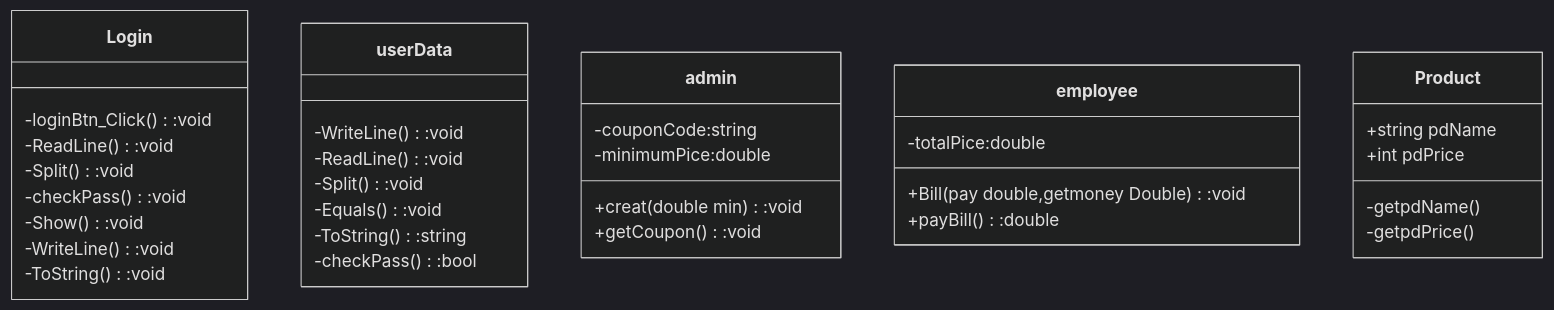
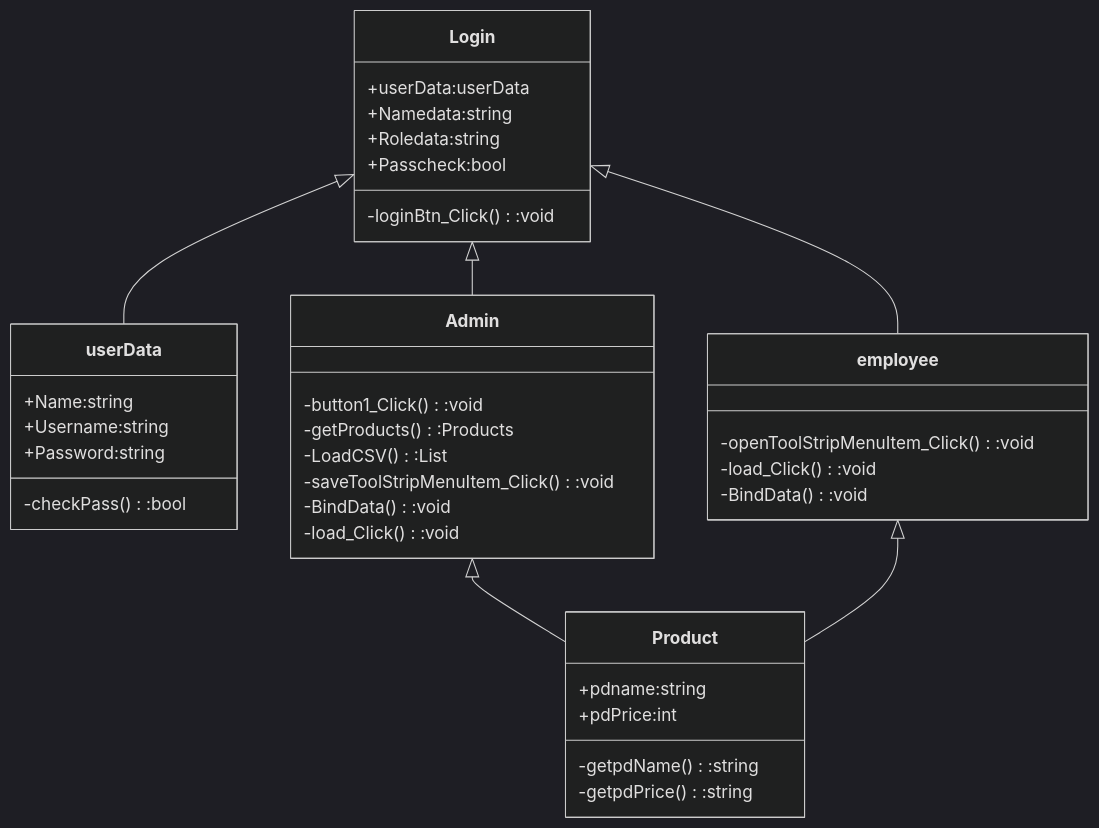
Before and after one commit to Nunthiphat/Project001: the diagram in README.md, drawn with Mermaid (dark theme). The commit also changed other lines of this file and 2 other files, not shown here.

Commit message:
Finished

````diff
--- a/README.md
+++ b/README.md
@@ -11,38 +11,42 @@
  ```mermaid
  classDiagram
   class Login{
+  +userData:userData
+  +Namedata:string
+  +Roledata:string
+  +Passcheck:bool
   -loginBtn_Click():void
-  -ReadLine():void
-  -Split():void
-  -checkPass():void
-  -Show():void
-  -WriteLine():void
-  -ToString():void
   }
   class userData{
-  -WriteLine():void
-  -ReadLine():void
-  -Split():void
-  -Equals():void
-  -ToString():string
+  +Name:string
+  +Username:string
+  +Password:string
   -checkPass():bool
   }
-  class admin{
-  -couponCode:string
-  -minimumPice:double
-  +creat(double min):void
-  +getCoupon():void
+  class Admin{
+  -button1_Click():void
+  -getProducts():Products
+  -LoadCSV():List<Products>
+  -saveToolStripMenuItem_Click():void
+  -BindData():void
+  -load_Click():void
   }
   class employee{
-  -totalPice:double
-  +Bill(pay double,getmoney Double):void
-  +payBill():double
+  -openToolStripMenuItem_Click():void
+  -load_Click():void
+  -BindData():void
   }
   class Product{
-    +string pdName
-    +int pdPrice
-    -getpdName()
-    -getpdPrice()
+    +pdname:string
+    +pdPrice:int
+    -getpdName():string
+    -getpdPrice():string
  }
 
+ Login <|-- Admin
+ Login <|-- employee
+ Login <|-- userData
+ Admin <|-- Product
+ employee <|-- Product
+
 ```
````
